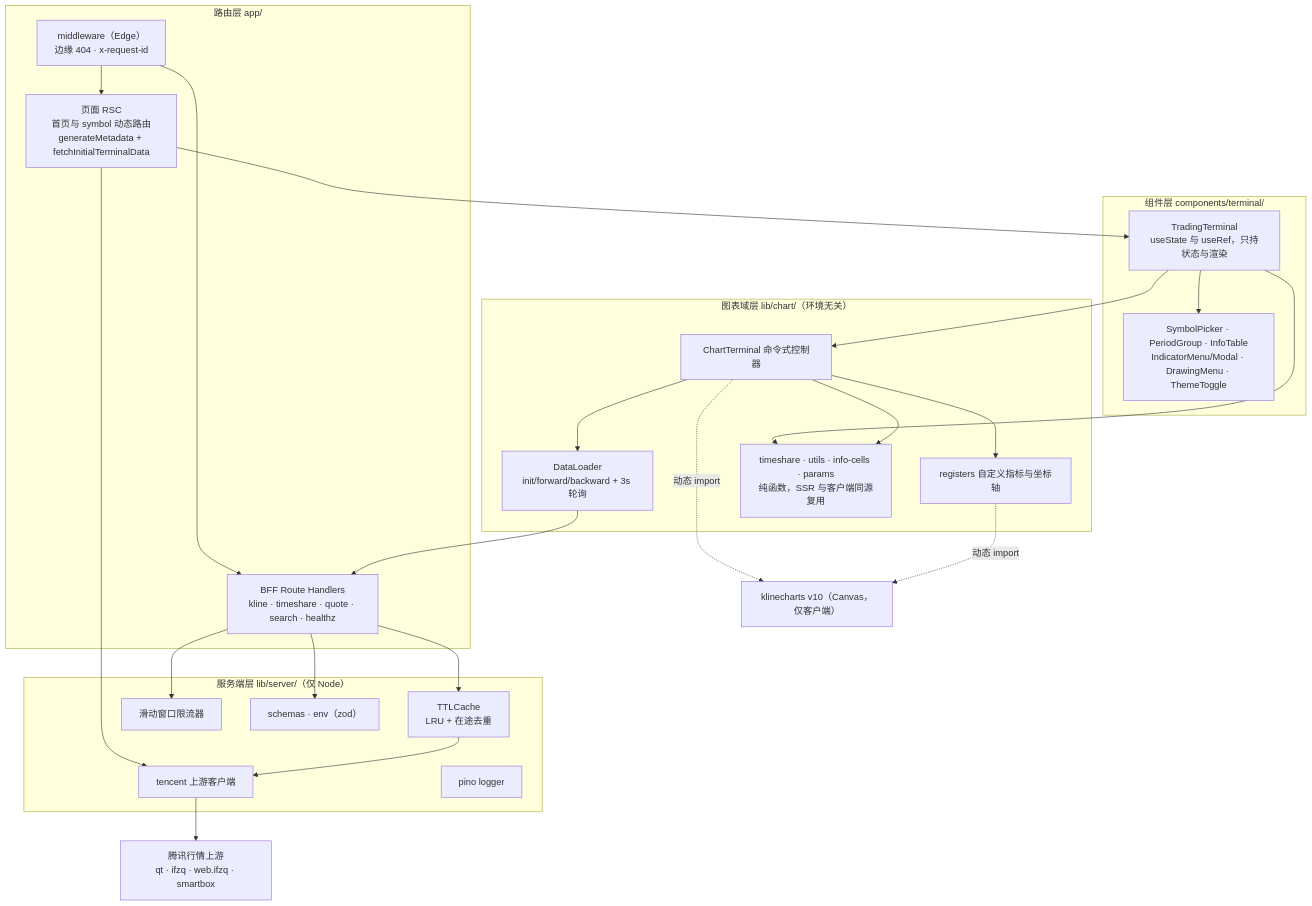
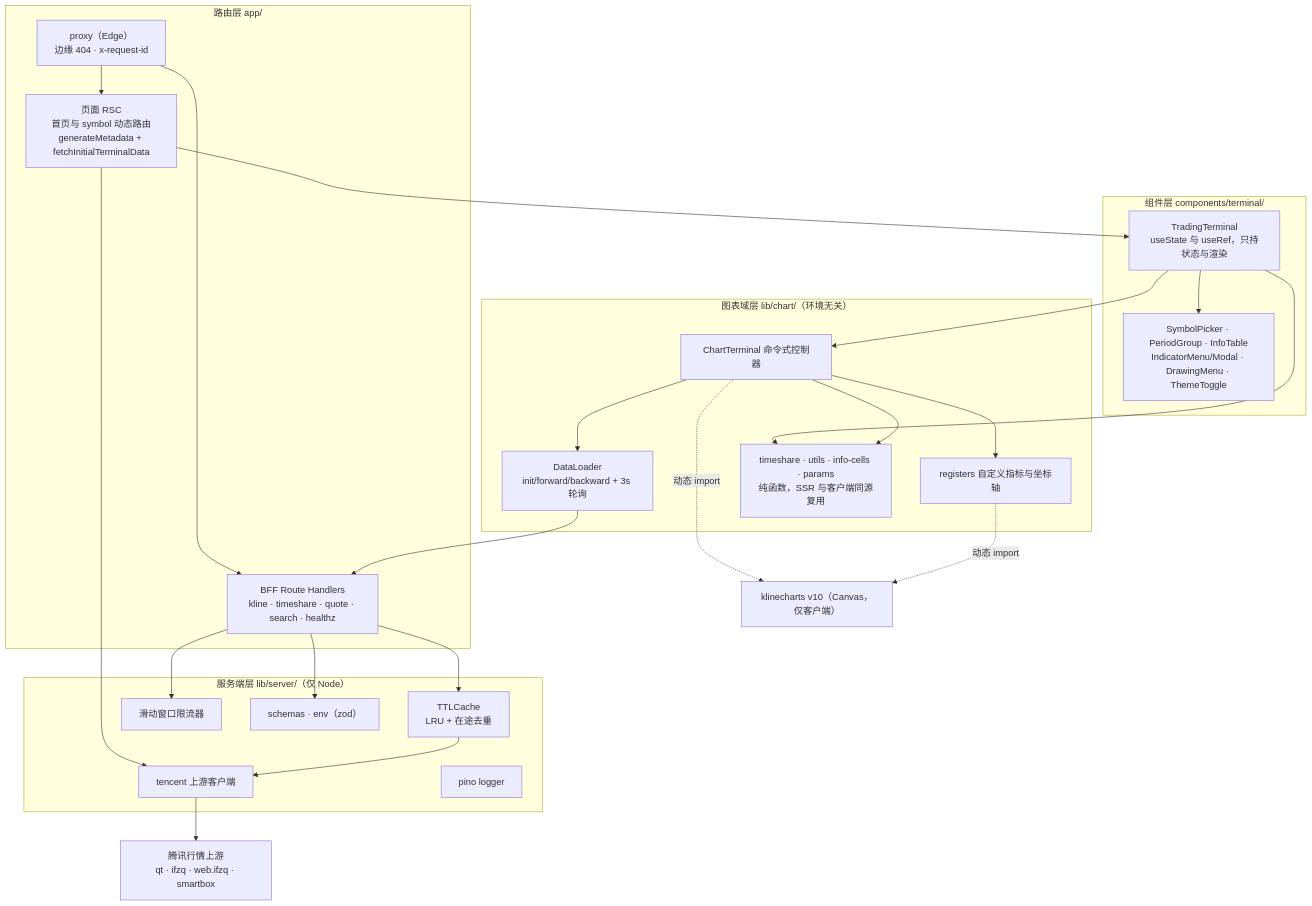
The second of 8 diagrams in docs/ARCHITECTURE.md (jaiden-home/preview-v10), drawn with Mermaid before and after one commit. The commit also changed other lines of this file and 2 other files, not shown here.

Commit message:
refactor: migrate middleware to proxy per Next.js convention

````diff
--- a/docs/ARCHITECTURE.md
+++ b/docs/ARCHITECTURE.md
@@ -105,46 +105,46 @@
 ```mermaid
 flowchart TD
     subgraph L1["路由层 app/"]
-        MW["middleware（Edge）<br/>边缘 404 · x-request-id"]
+        MW["proxy（Edge）<br/>边缘 404 · x-request-id"]
         PAGES["页面 RSC<br/>首页与 symbol 动态路由<br/>generateMetadata + fetchInitialTerminalData"]
         API["BFF Route Handlers<br/>kline · timeshare · quote · search · healthz"]
     end
     subgraph L2["组件层 components/terminal/"]
         TT["TradingTerminal<br/>useState 与 useRef，只持状态与渲染"]
         SUB["SymbolPicker · PeriodGroup · InfoTable<br/>IndicatorMenu/Modal · DrawingMenu · ThemeToggle"]
     end
     subgraph L3["图表域层 lib/chart/（环境无关）"]
         CT["ChartTerminal 命令式控制器"]
         DL["DataLoader<br/>init/forward/backward + 3s 轮询"]
         REG["registers 自定义指标与坐标轴"]
         PURE["timeshare · utils · info-cells · params<br/>纯函数，SSR 与客户端同源复用"]
     end
     subgraph L4["服务端层 lib/server/（仅 Node）"]
         TCT["tencent 上游客户端"]
         CACHE["TTLCache<br/>LRU + 在途去重"]
         RL["滑动窗口限流器"]
         ZOD["schemas · env（zod）"]
         LOG["pino logger"]
     end
     KC["klinecharts v10（Canvas，仅客户端）"]
     UP["腾讯行情上游<br/>qt · ifzq · web.ifzq · smartbox"]
 
     MW --> PAGES
     MW --> API
     PAGES --> TT
     PAGES --> TCT
     API --> ZOD
     API --> RL
     API --> CACHE
     TT --> SUB
     TT --> CT
     TT --> PURE
     CT --> DL
     CT --> REG
     CT --> PURE
     DL --> API
     CT -. 动态 import .-> KC
     REG -. 动态 import .-> KC
     CACHE --> TCT
     TCT --> UP
 ```
````
